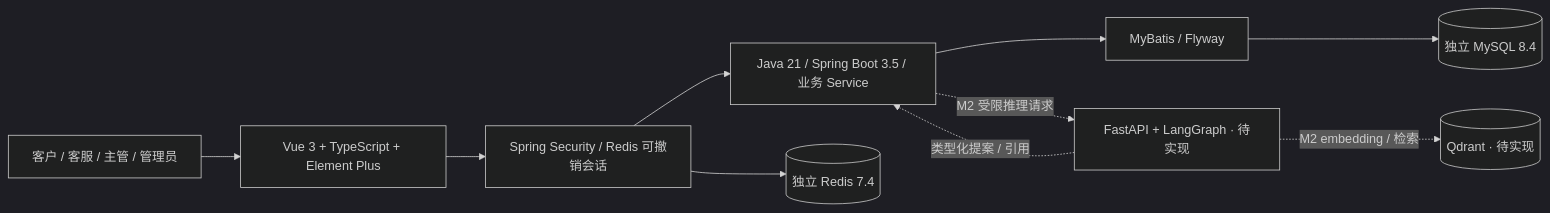
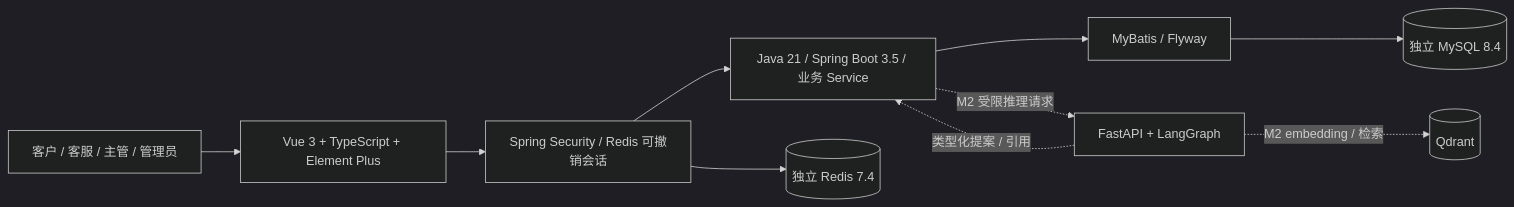
The diagram in README.md (GavinLau14/serviceflow-ai), drawn with Mermaid (dark theme) before and after one commit. The commit also changed other lines of this file and 46 other files, not shown here.

````diff
--- a/README.md
+++ b/README.md
@@ -9,12 +9,12 @@
 ```mermaid
 flowchart LR
   C[客户 / 客服 / 主管 / 管理员] --> V[Vue 3 + TypeScript + Element Plus]
   V --> S[Spring Security / Redis 可撤销会话]
   S --> J[Java 21 / Spring Boot 3.5 / 业务 Service]
   J --> M[MyBatis / Flyway]
   M --> DB[(独立 MySQL 8.4)]
   S --> R[(独立 Redis 7.4)]
-  J -. M2 受限推理请求 .-> AI[FastAPI + LangGraph · 待实现]
-  AI -. M2 embedding / 检索 .-> Q[(Qdrant · 待实现)]
+  J -. M2 受限推理请求 .-> AI[FastAPI + LangGraph]
+  AI -. M2 embedding / 检索 .-> Q[(Qdrant)]
   AI -. 类型化提案 / 引用 .-> J
 ```
````
